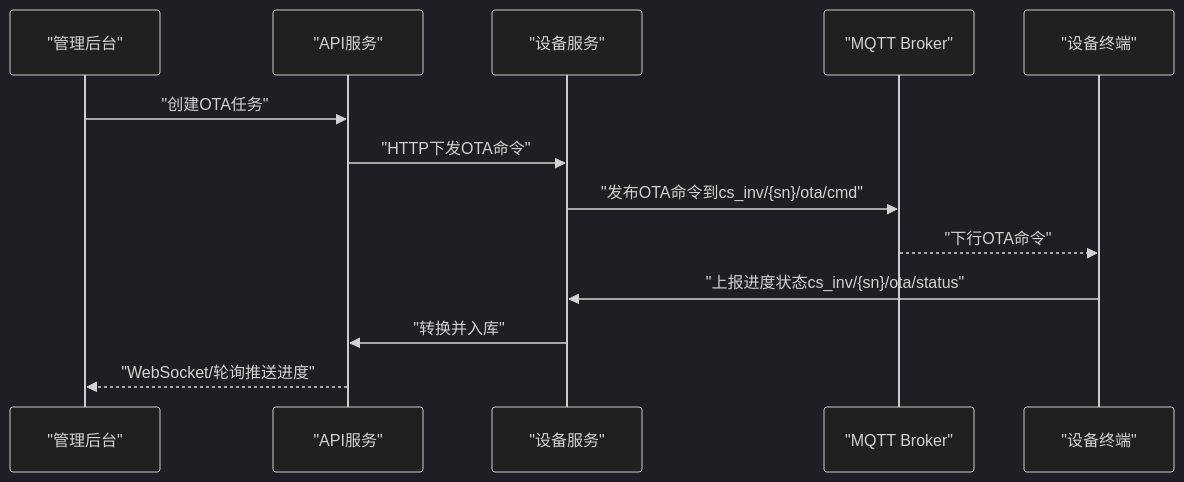
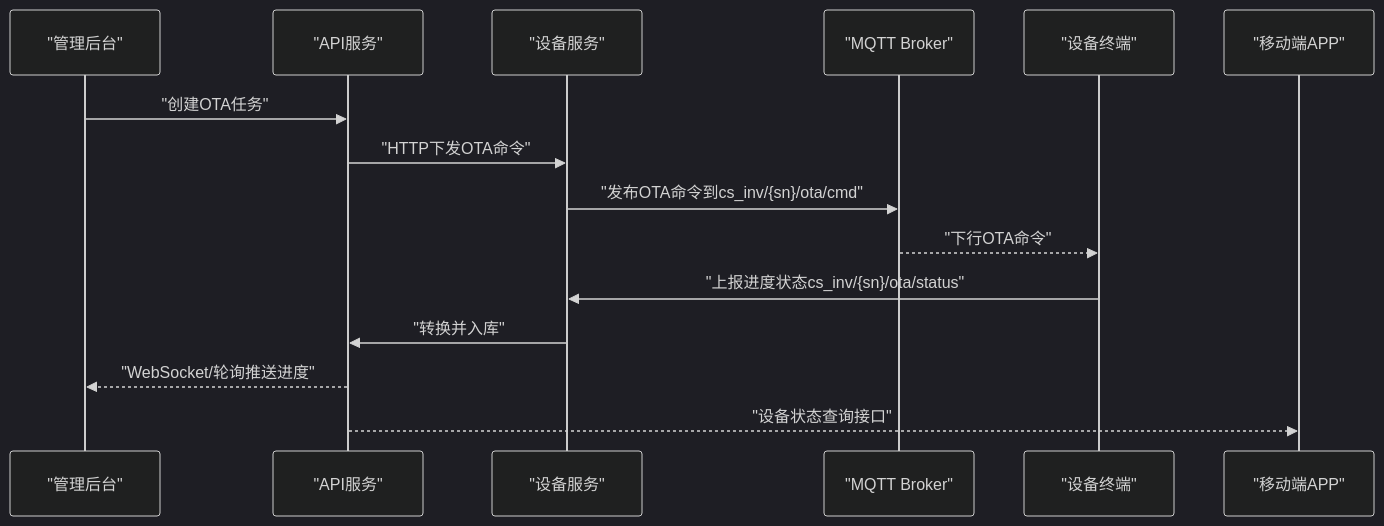
The second of 8 diagrams in .qoder/repowiki/zh/content/OTA升级系统/OTA任务调度/OTA进度跟踪.md (mcmrzy/cs_inv_monitor-develop), drawn with Mermaid (dark theme) before and after one commit. The commit also changed other lines of this file and 128 other files, not shown here.

````diff
--- a/.qoder/repowiki/zh/content/OTA升级系统/OTA任务调度/OTA进度跟踪.md
+++ b/.qoder/repowiki/zh/content/OTA升级系统/OTA任务调度/OTA进度跟踪.md
@@ -111,15 +132,17 @@
 ```mermaid
 sequenceDiagram
 participant Admin as "管理后台"
 participant API as "API服务"
 participant DevSvc as "设备服务"
 participant MQ as "MQTT Broker"
 participant Device as "设备终端"
+participant Mobile as "移动端APP"
 Admin->>API : "创建OTA任务"
 API->>DevSvc : "HTTP下发OTA命令"
 DevSvc->>MQ : "发布OTA命令到cs_inv/{sn}/ota/cmd"
 MQ-->>Device : "下行OTA命令"
 Device->>DevSvc : "上报进度状态cs_inv/{sn}/ota/status"
 DevSvc->>API : "转换并入库"
 API-->>Admin : "WebSocket/轮询推送进度"
+API-->>Mobile : "设备状态查询接口"
 ```
````
